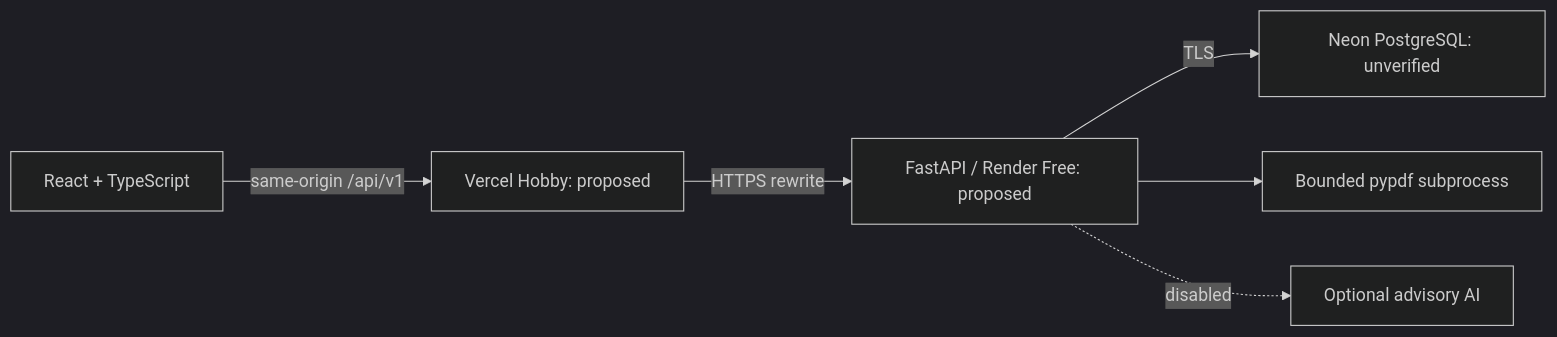
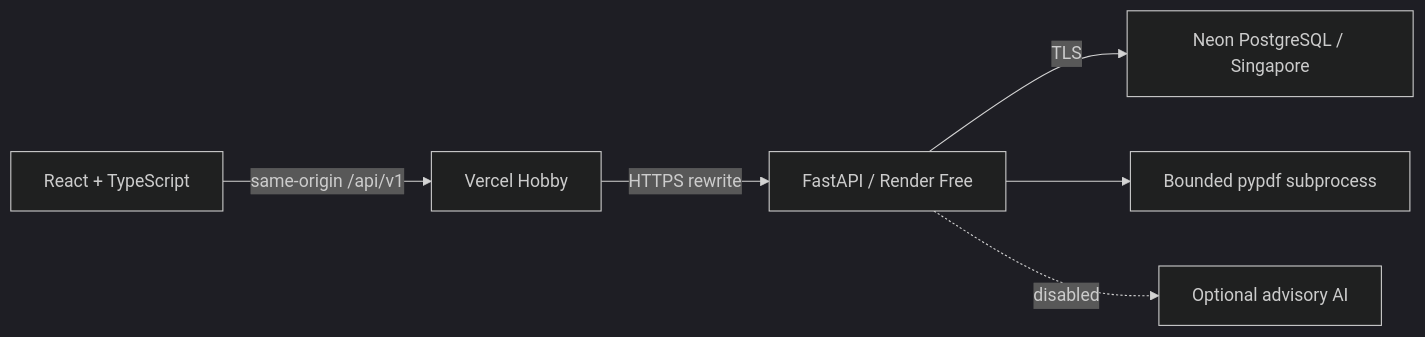
One commit to tayyab-hub/resumeiq changed the diagram in README.md. Above: the diagram before and after it, drawn with Mermaid (dark theme). The commit also changed other lines of this file and 20 other files, not shown here.

````diff
--- a/README.md
+++ b/README.md
@@ -45,8 +45,8 @@
 ```mermaid
 flowchart LR
-  Browser[React + TypeScript] -->|same-origin /api/v1| Web[Vercel Hobby: proposed]
-  Web -->|HTTPS rewrite| API[FastAPI / Render Free: proposed]
-  API -->|TLS| DB[Neon PostgreSQL: unverified]
+  Browser[React + TypeScript] -->|same-origin /api/v1| Web[Vercel Hobby]
+  Web -->|HTTPS rewrite| API[FastAPI / Render Free]
+  API -->|TLS| DB[Neon PostgreSQL / Singapore]
   API --> Worker[Bounded pypdf subprocess]
   API -. disabled .-> AI[Optional advisory AI]
 ```
````
